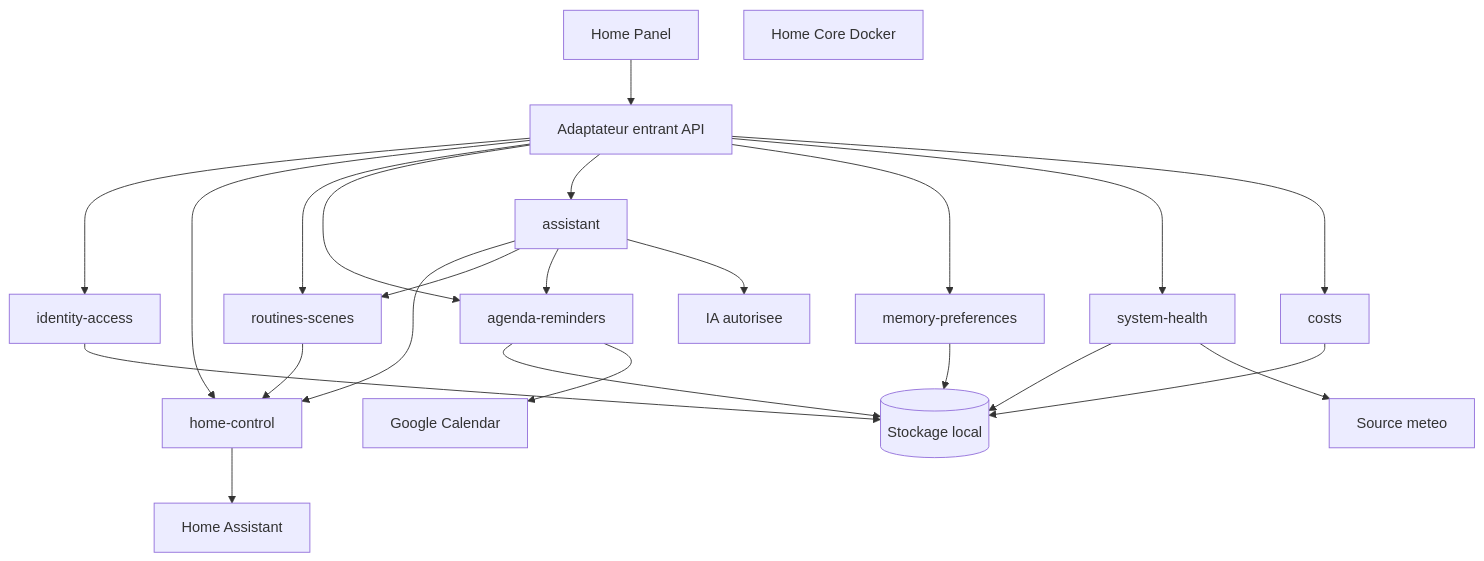
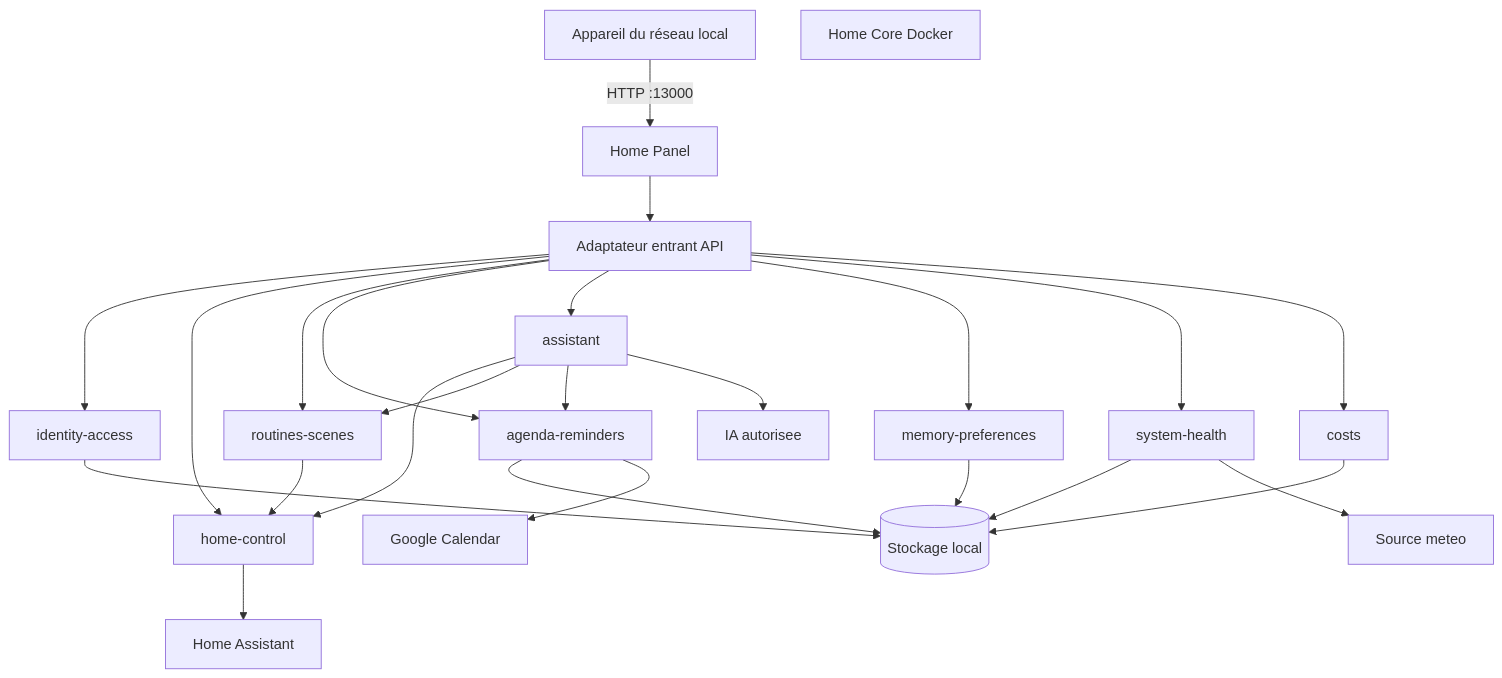
Before and after one commit to clementortiz134595/HOME-AI: the diagram in poles/technique/home-core/diagrammes/architecture-modulaire.mmd, drawn with Mermaid. The commit also changed 5 other files, not shown here.

```diff
--- a/poles/technique/home-core/diagrammes/architecture-modulaire.mmd
+++ b/poles/technique/home-core/diagrammes/architecture-modulaire.mmd
@@ -1,40 +1,42 @@
 flowchart TB
+    lan[Appareil du réseau local]
     panel[Home Panel]
     core[Home Core Docker]
     api[Adaptateur entrant API]
     auth[identity-access]
     controls[home-control]
     routines[routines-scenes]
     agenda[agenda-reminders]
     assistant[assistant]
     memory[memory-preferences]
     health[system-health]
     costs[costs]
     storage[(Stockage local)]
     homeAssistant[Home Assistant]
     google[Google Calendar]
     ai[IA autorisee]
     weather[Source meteo]
 
+    lan -->|HTTP :13000| panel
     panel --> api
     api --> auth
     api --> controls
     api --> routines
     api --> agenda
     api --> assistant
     api --> memory
     api --> health
     api --> costs
     assistant --> controls
     assistant --> routines
     assistant --> agenda
     routines --> controls
     auth --> storage
     agenda --> storage
     memory --> storage
     health --> storage
     costs --> storage
     controls --> homeAssistant
     agenda --> google
     assistant --> ai
     health --> weather
```
